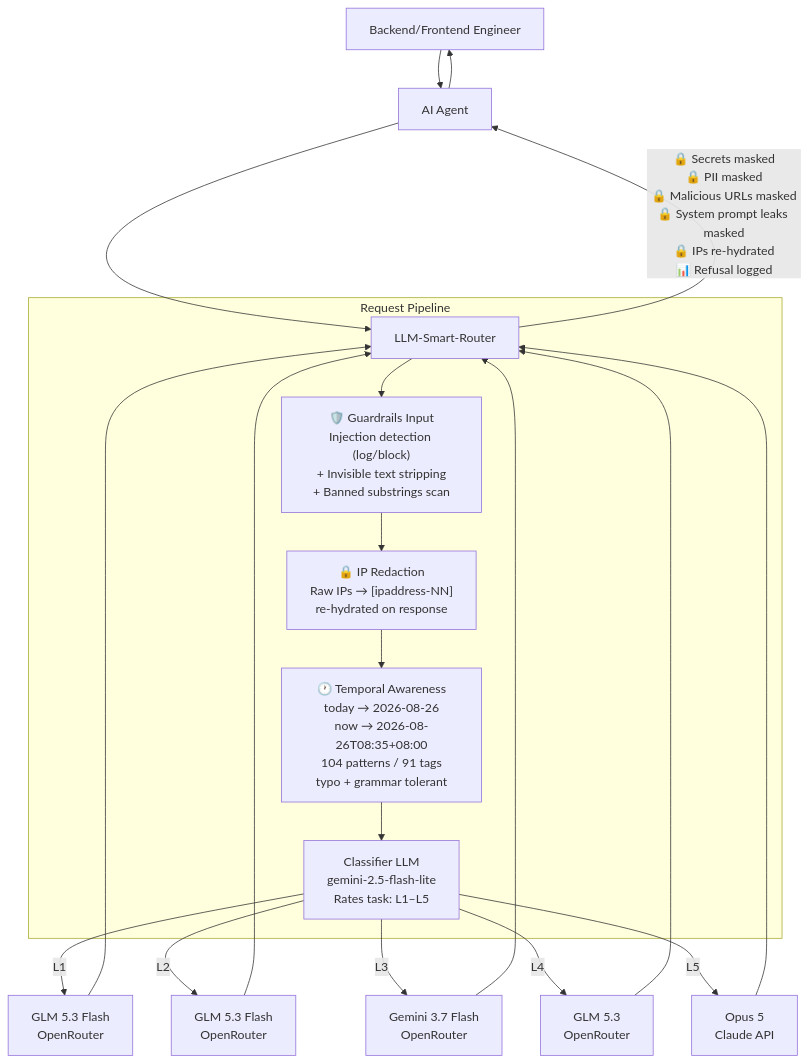
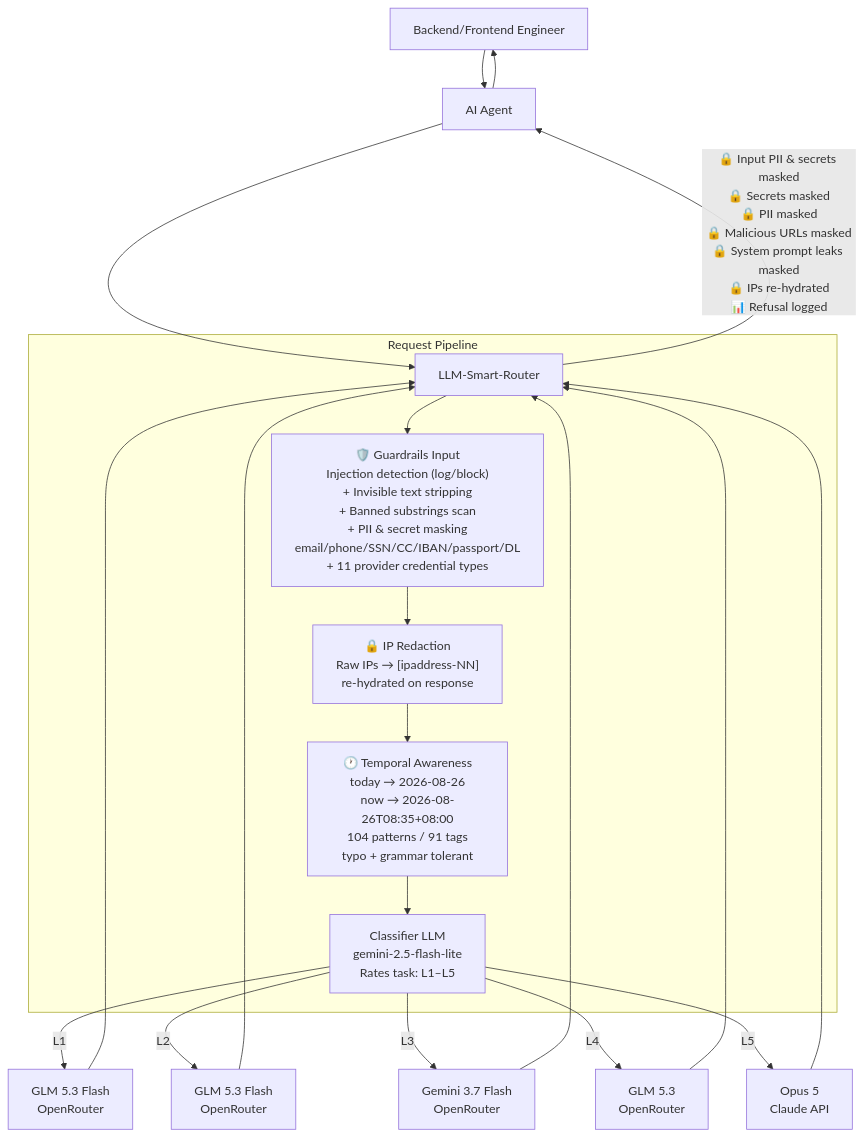
Before and after one commit to Green-Needle-Tech/llm-smart-router: the diagram in README.md, drawn with Mermaid. The commit also changed other lines of this file and 1 other file, not shown here.

First line of the commit message:
docs: update README and spec for v2.15.0 (input PII & secret masking)

````diff
--- a/README.md
+++ b/README.md
@@ -561,27 +586,27 @@
 ```mermaid
 flowchart TD
     A[Backend/Frontend Engineer] --> B[AI Agent]
     B --> C[LLM-Smart-Router]
 
     subgraph Router [Request Pipeline]
-        C --> P1["🛡️ Guardrails Input<br/>Injection detection (log/block)<br/>+ Invisible text stripping<br/>+ Banned substrings scan"]
+        C --> P1["🛡️ Guardrails Input<br/>Injection detection (log/block)<br/>+ Invisible text stripping<br/>+ Banned substrings scan<br/>+ PII & secret masking<br/>email/phone/SSN/CC/IBAN/passport/DL<br/>+ 11 provider credential types"]
         P1 --> P2["🔒 IP Redaction<br/>Raw IPs → [ipaddress-NN]<br/>re-hydrated on response"]
         P2 --> P2T["🕐 Temporal Awareness<br/>today → 2026-08-26<br/>now → 2026-08-26T08:35+08:00<br/>104 patterns / 91 tags<br/>typo + grammar tolerant"]
         P2T --> D["Classifier LLM<br/>gemini-2.5-flash-lite<br/>Rates task: L1–L5"]
     end
 
     D -->|L1| E[GLM 5.3 Flash<br/>OpenRouter]
     D -->|L2| F[GLM 5.3 Flash<br/>OpenRouter]
     D -->|L3| F2[Gemini 3.7 Flash<br/>OpenRouter]
     D -->|L4| F3[GLM 5.3<br/>OpenRouter]
     D -->|L5| H[Opus 5<br/>Claude API]
 
     E --> C
     F --> C
     F2 --> C
     F3 --> C
     H --> C
 
-    C -->|"🔒 Secrets masked<br/>🔒 PII masked<br/>🔒 Malicious URLs masked<br/>🔒 System prompt leaks masked<br/>🔒 IPs re-hydrated<br/>📊 Refusal logged"| B
+    C -->|"🔒 Input PII & secrets masked<br/>🔒 Secrets masked<br/>🔒 PII masked<br/>🔒 Malicious URLs masked<br/>🔒 System prompt leaks masked<br/>🔒 IPs re-hydrated<br/>📊 Refusal logged"| B
     B --> A
 ```
````
